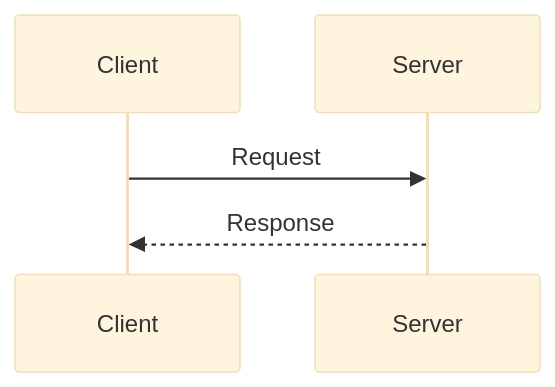
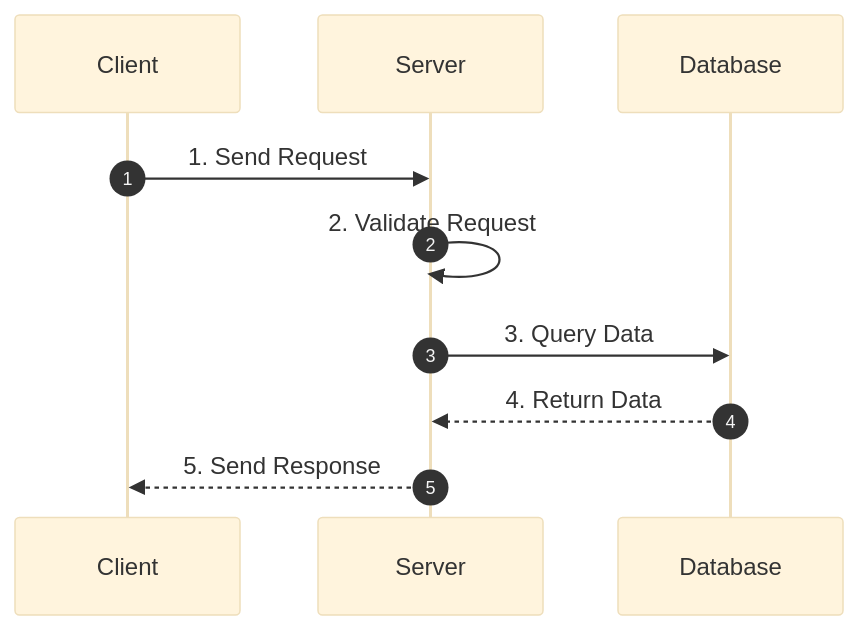
Before and after one commit to HScarb/agent-configs: the third of 4 diagrams in .claude/commands/feature-designer.md, drawn with Mermaid (base theme). The commit also changed other lines of this file and 4 other files, not shown here.

````diff
--- a/.claude/commands/feature-designer.md
+++ b/.claude/commands/feature-designer.md
@@ -91,7 +94,12 @@
 ```mermaid
 sequenceDiagram
+    autonumber
     participant Client
     participant Server
-    Client->>Server: Request
-    Server-->>Client: Response
+    participant Database
+    Client->>Server: 1. Send Request
+    Server->>Server: 2. Validate Request
+    Server->>Database: 3. Query Data
+    Database-->>Server: 4. Return Data
+    Server-->>Client: 5. Send Response
 ```
````
